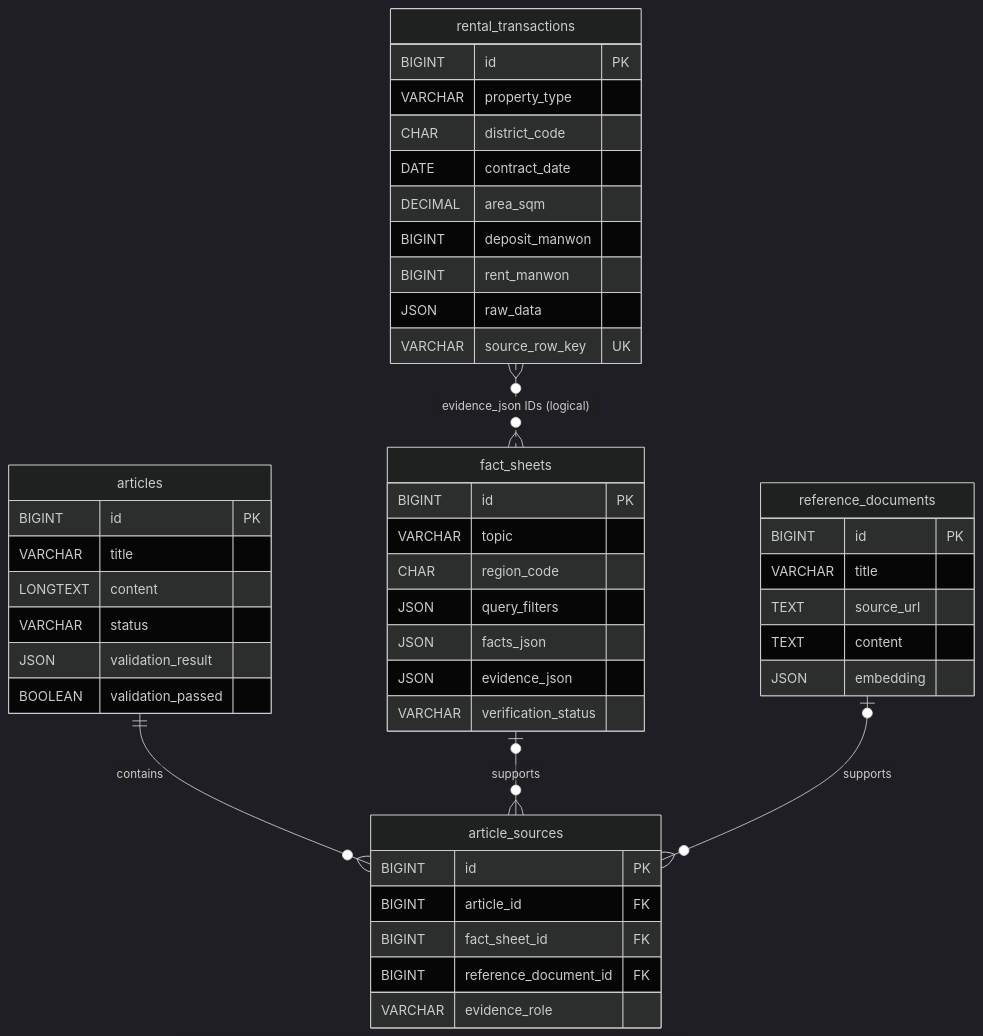
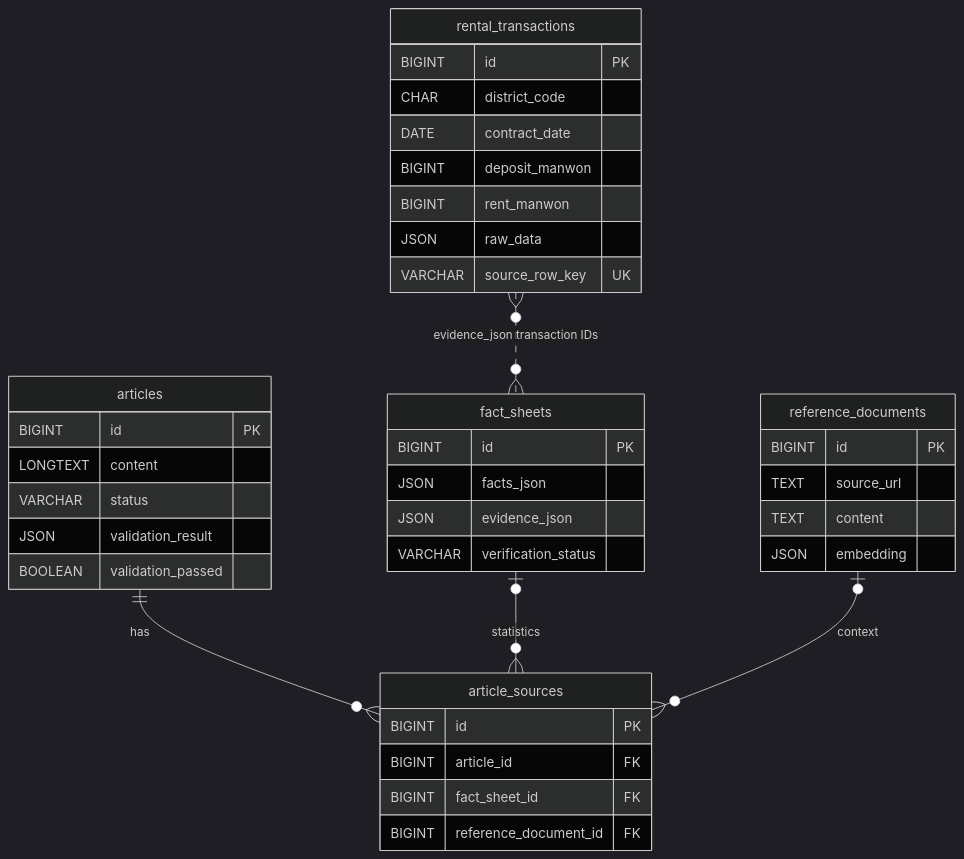
One commit to csy04x2/rentwatch-news changed the second of 2 diagrams in README.md. Above: the diagram before and after it, drawn with Mermaid (dark theme). The commit also changed other lines of this file, not shown here.

````diff
--- a/README.md
+++ b/README.md
@@ -177,49 +109,41 @@
 ```mermaid
 erDiagram
     rental_transactions {
         BIGINT id PK
-        VARCHAR property_type
         CHAR district_code
         DATE contract_date
-        DECIMAL area_sqm
         BIGINT deposit_manwon
         BIGINT rent_manwon
         JSON raw_data
         VARCHAR source_row_key UK
     }
     fact_sheets {
         BIGINT id PK
-        VARCHAR topic
-        CHAR region_code
-        JSON query_filters
         JSON facts_json
         JSON evidence_json
         VARCHAR verification_status
     }
     reference_documents {
         BIGINT id PK
-        VARCHAR title
         TEXT source_url
         TEXT content
         JSON embedding
     }
     articles {
         BIGINT id PK
-        VARCHAR title
         LONGTEXT content
         VARCHAR status
         JSON validation_result
         BOOLEAN validation_passed
     }
     article_sources {
         BIGINT id PK
         BIGINT article_id FK
         BIGINT fact_sheet_id FK
         BIGINT reference_document_id FK
-        VARCHAR evidence_role
     }
-    rental_transactions }o..o{ fact_sheets : "evidence_json IDs (logical)"
-    articles ||--o{ article_sources : contains
-    fact_sheets |o--o{ article_sources : supports
-    reference_documents |o--o{ article_sources : supports
+    rental_transactions }o..o{ fact_sheets : "evidence_json transaction IDs"
+    articles ||--o{ article_sources : has
+    fact_sheets |o--o{ article_sources : statistics
+    reference_documents |o--o{ article_sources : context
 ```
````
